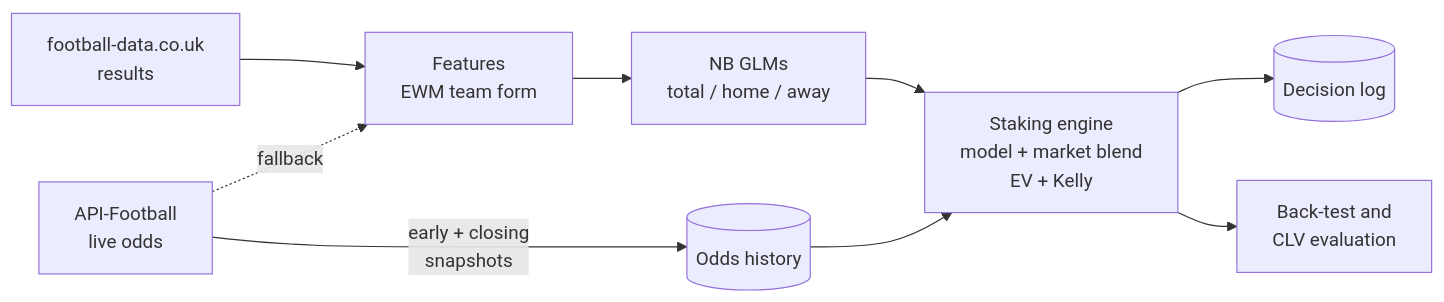
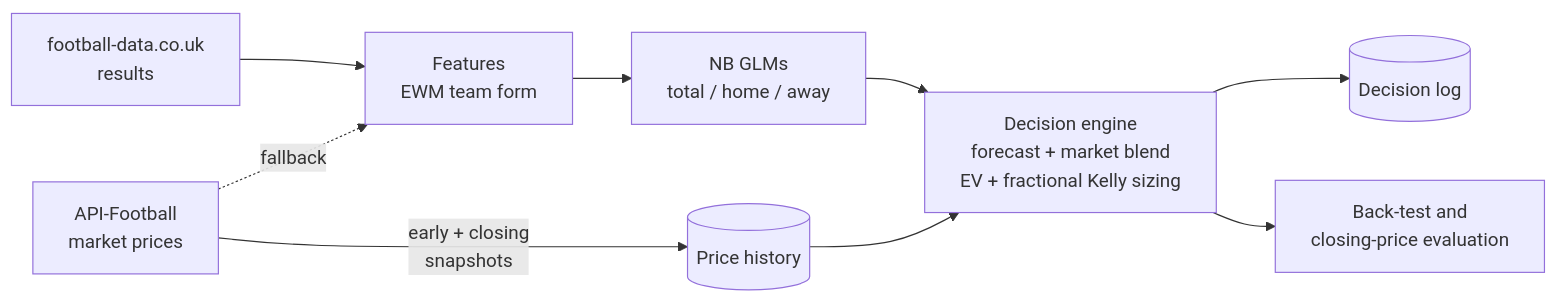
Before and after one commit to Git4AlexD/football-corners-predictor: the diagram in README.md, drawn with Mermaid. The commit also changed other lines of this file and 5 other files, not shown here.

Commit message:
Add return-by-target chart and explain it in the README

````diff
--- a/README.md
+++ b/README.md
@@ -32,11 +34,11 @@
 ```mermaid
 flowchart LR
-    A[API-Football<br/>live odds] -->|early + closing<br/>snapshots| H[(Odds history)]
+    A[API-Football<br/>market prices] -->|early + closing<br/>snapshots| H[(Price history)]
     B[football-data.co.uk<br/>results] --> F[Features<br/>EWM team form]
     A -.fallback.-> F
     F --> M[NB GLMs<br/>total / home / away]
-    M --> S[Staking engine<br/>model + market blend<br/>EV + Kelly]
+    M --> S[Decision engine<br/>forecast + market blend<br/>EV + fractional Kelly sizing]
     H --> S
     S --> D[(Decision log)]
-    S --> T[Back-test and<br/>CLV evaluation]
+    S --> T[Back-test and<br/>closing-price evaluation]
 ```
````
